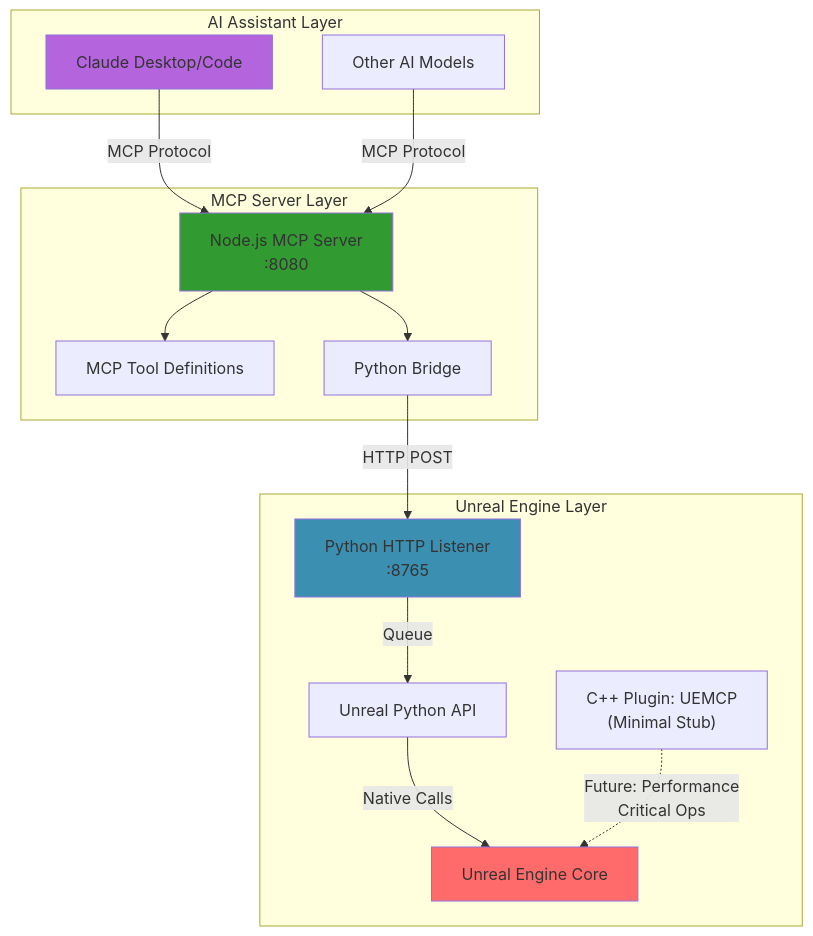
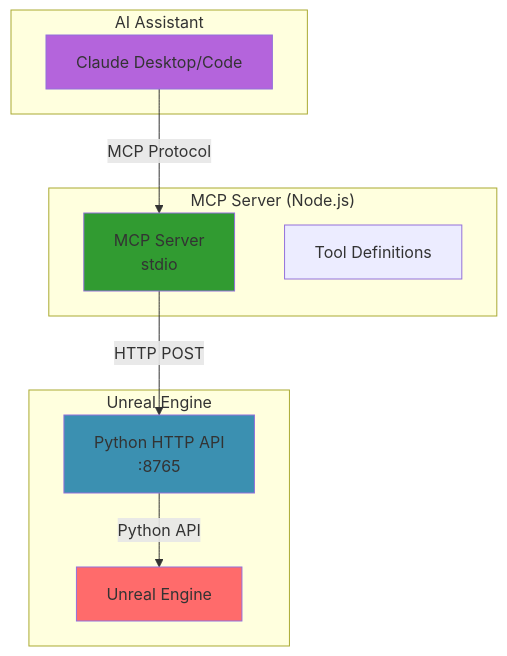
One commit to atomantic/UEMCP changed the diagram in README.md. Above: the diagram before and after it, drawn with Mermaid. The commit also changed other lines of this file, not shown here.

Commit message:
docs: simplify architecture diagram to reflect actual implementation
- Removed unnecessary component separation
- Shows actual flow: Claude -> MCP Server -> Python HTTP API -> UE
- Clarified that it's a single HTTP API, not multiple services
- Updated data flow to be more concise and accurate

````diff
--- a/README.md
+++ b/README.md
@@ -79,34 +79,25 @@
 ```mermaid
 flowchart TB
-    subgraph "AI Assistant Layer"
+    subgraph "AI Assistant"
         Claude[Claude Desktop/Code]
-        Other[Other AI Models]
     end
     
-    subgraph "MCP Server Layer"
-        NodeJS["Node.js MCP Server<br/>:8080"]
-        Tools[MCP Tool Definitions]
-        Bridge[Python Bridge]
+    subgraph "MCP Server (Node.js)"
+        NodeJS["MCP Server<br/>stdio"]
+        Tools[Tool Definitions]
     end
     
-    subgraph "Unreal Engine Layer"
-        PythonListener["Python HTTP Listener<br/>:8765"]
-        PythonAPI[Unreal Python API]
-        CPPPlugin["C++ Plugin: UEMCP<br/>(Minimal Stub)"]
-        UECore[Unreal Engine Core]
+    subgraph "Unreal Engine"
+        PythonListener["Python HTTP API<br/>:8765"]
+        UECore[Unreal Engine]
     end
     
     Claude -->|MCP Protocol| NodeJS
-    Other -->|MCP Protocol| NodeJS
-    NodeJS --> Tools
-    NodeJS --> Bridge
-    Bridge -->|HTTP POST| PythonListener
-    PythonListener -->|Queue| PythonAPI
-    PythonAPI -->|Native Calls| UECore
-    CPPPlugin -.->|"Future: Performance<br/>Critical Ops"| UECore
+    NodeJS -->|HTTP POST| PythonListener
+    PythonListener -->|Python API| UECore
     
     style Claude fill:#b464dc
     style NodeJS fill:#319b31
     style PythonListener fill:#3b90b1
     style UECore fill:#ff6b6b
 ```
````
